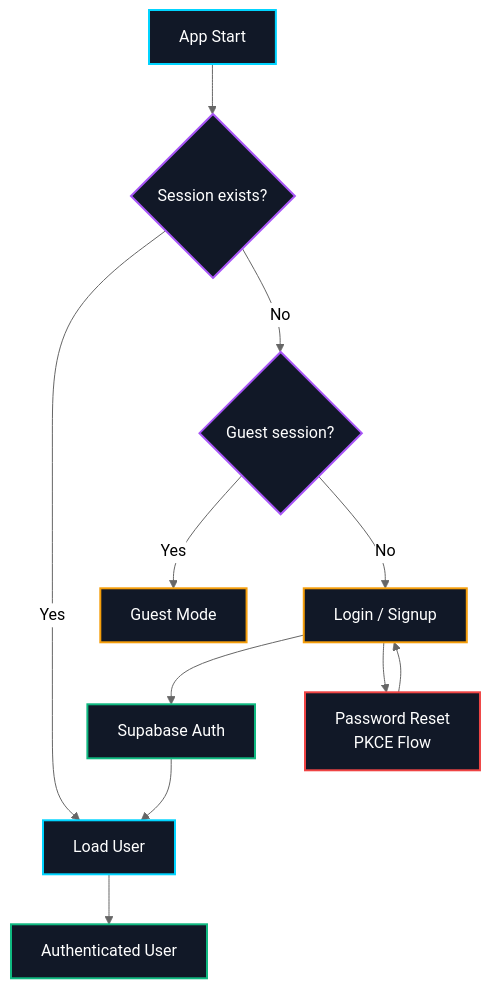
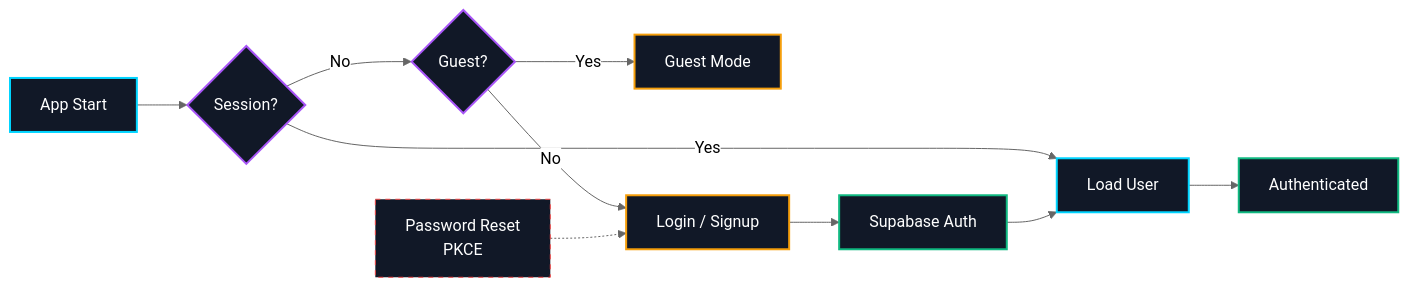
Before and after one commit to or-carmeli/KubeQuest: the third of 6 diagrams in README.md, drawn with Mermaid (neutral theme).

Commit message:
docs: compact Authentication Flow diagram to LR layout

````diff
--- a/README.md
+++ b/README.md
@@ -165,26 +165,19 @@
 ```mermaid
-flowchart TD
-    START["App Start"] --> CHECK{Session exists?}
-    CHECK -->|Yes| LOAD["Load User"]
-    CHECK -->|No| GUEST{Guest session?}
+flowchart LR
+    START["App Start"] --> CHECK{Session?}
+    CHECK -->|Yes| LOAD["Load User"] --> AUTHED["Authenticated"]
+    CHECK -->|No| GUEST{Guest?}
     GUEST -->|Yes| GMODE["Guest Mode"]
-    GUEST -->|No| LOGIN["Login / Signup"]
-
-    LOGIN --> AUTH["Supabase Auth"]
-    AUTH --> LOAD
-
-    LOGIN --> RESET["Password Reset<br/>PKCE Flow"]
-    RESET --> LOGIN
-
-    LOAD --> AUTHED["Authenticated User"]
+    GUEST -->|No| LOGIN["Login / Signup"] --> AUTH["Supabase Auth"] --> LOAD
+    RESET["Password Reset<br/>PKCE"] -.-> LOGIN
 
     style CHECK fill:#111827,stroke:#A855F7,stroke-width:2px,color:#fff
     style GUEST fill:#111827,stroke:#A855F7,stroke-width:2px,color:#fff
     style START fill:#111827,stroke:#00D4FF,stroke-width:2px,color:#fff
     style LOAD fill:#111827,stroke:#00D4FF,stroke-width:2px,color:#fff
     style LOGIN fill:#111827,stroke:#F59E0B,stroke-width:2px,color:#fff
     style GMODE fill:#111827,stroke:#F59E0B,stroke-width:2px,color:#fff
     style AUTH fill:#111827,stroke:#10B981,stroke-width:2px,color:#fff
     style AUTHED fill:#111827,stroke:#10B981,stroke-width:2px,color:#fff
-    style RESET fill:#111827,stroke:#EF4444,stroke-width:2px,color:#fff
+    style RESET fill:#111827,stroke:#EF4444,stroke-dasharray:5 5,color:#fff
 ```
````
